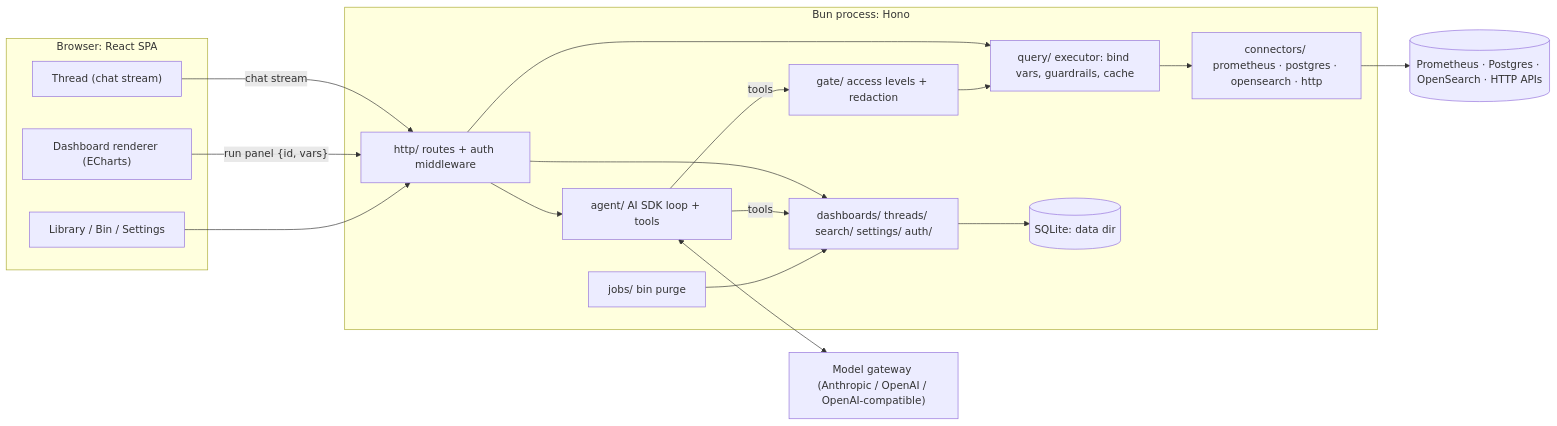
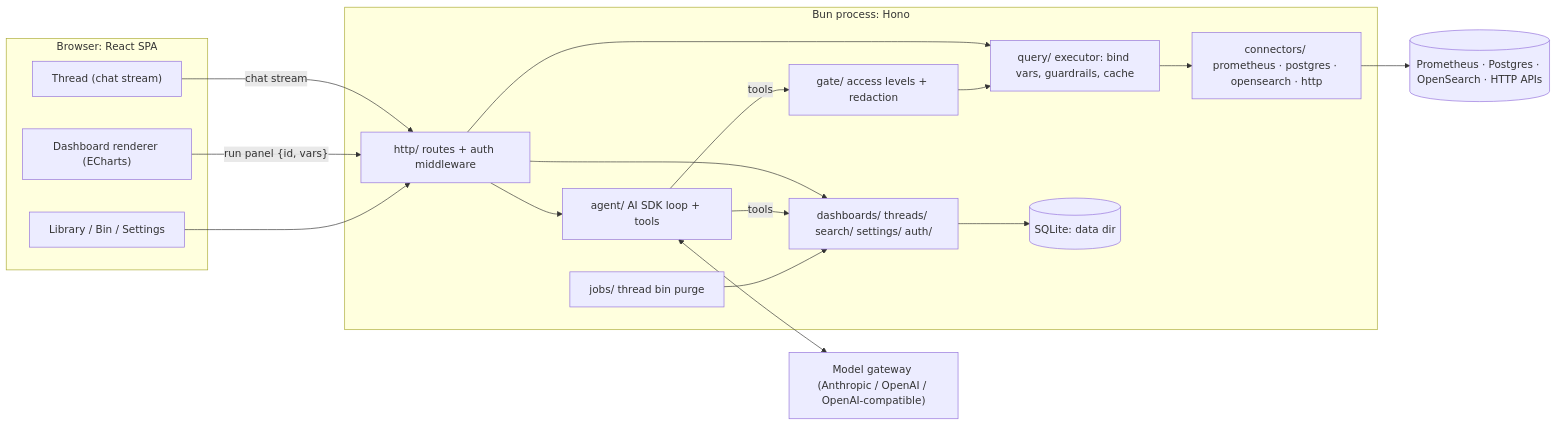
One commit to jboix/quanthea changed the first of 2 diagrams in docs/architecture.md. Above: the diagram before and after it, drawn with Mermaid. The commit also changed other lines of this file and 23 other files, not shown here.

````diff
--- a/docs/architecture.md
+++ b/docs/architecture.md
@@ -13,37 +13,37 @@
 ```mermaid
 flowchart LR
   subgraph Browser["Browser: React SPA"]
     Thread["Thread (chat stream)"]
     Dash["Dashboard renderer (ECharts)"]
     Lib["Library / Bin / Settings"]
   end
 
   subgraph Server["Bun process: Hono"]
     HTTP["http/ routes + auth middleware"]
     Agent["agent/ AI SDK loop + tools"]
     Gate["gate/ access levels + redaction"]
     Query["query/ executor: bind vars, guardrails, cache"]
     Conn["connectors/ prometheus · postgres · opensearch · http"]
     Dom["dashboards/ threads/ search/ settings/ auth/"]
     DB[("SQLite: data dir")]
-    Jobs["jobs/ bin purge"]
+    Jobs["jobs/ thread bin purge"]
   end
 
   LLM["Model gateway (Anthropic / OpenAI / OpenAI-compatible)"]
   Sources[("Prometheus · Postgres · OpenSearch · HTTP APIs")]
 
   Thread -- "chat stream" --> HTTP
   Dash -- "run panel {id, vars}" --> HTTP
   Lib --> HTTP
   HTTP --> Agent
   HTTP --> Dom
   HTTP --> Query
   Agent -- tools --> Gate
   Agent -- tools --> Dom
   Agent <--> LLM
   Gate --> Query
   Query --> Conn
   Conn --> Sources
   Dom --> DB
   Jobs --> Dom
 ```
````
